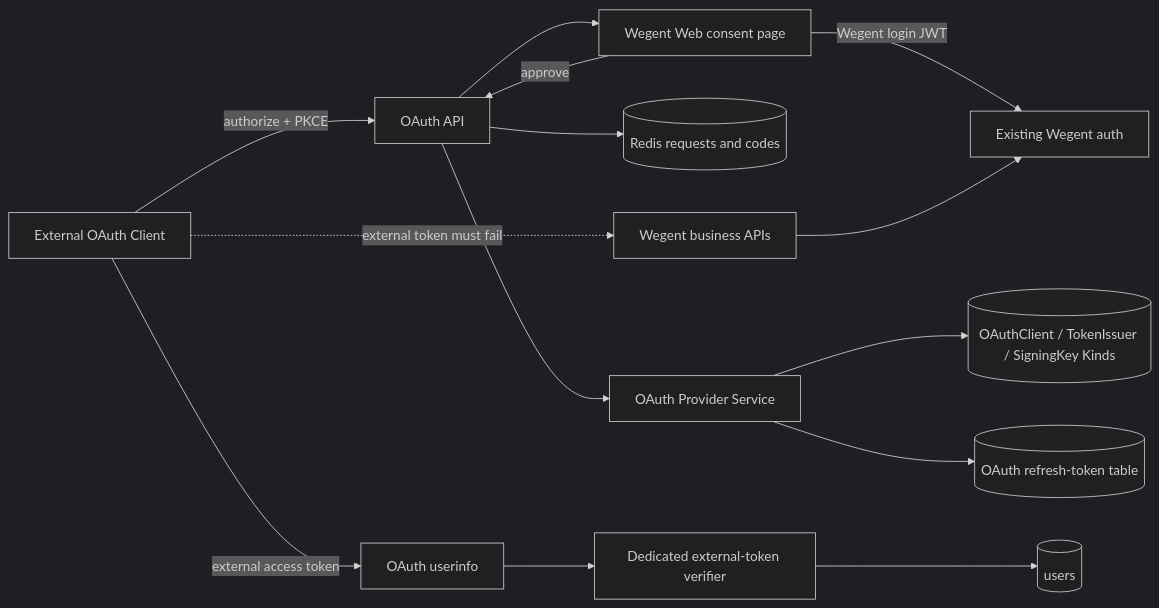
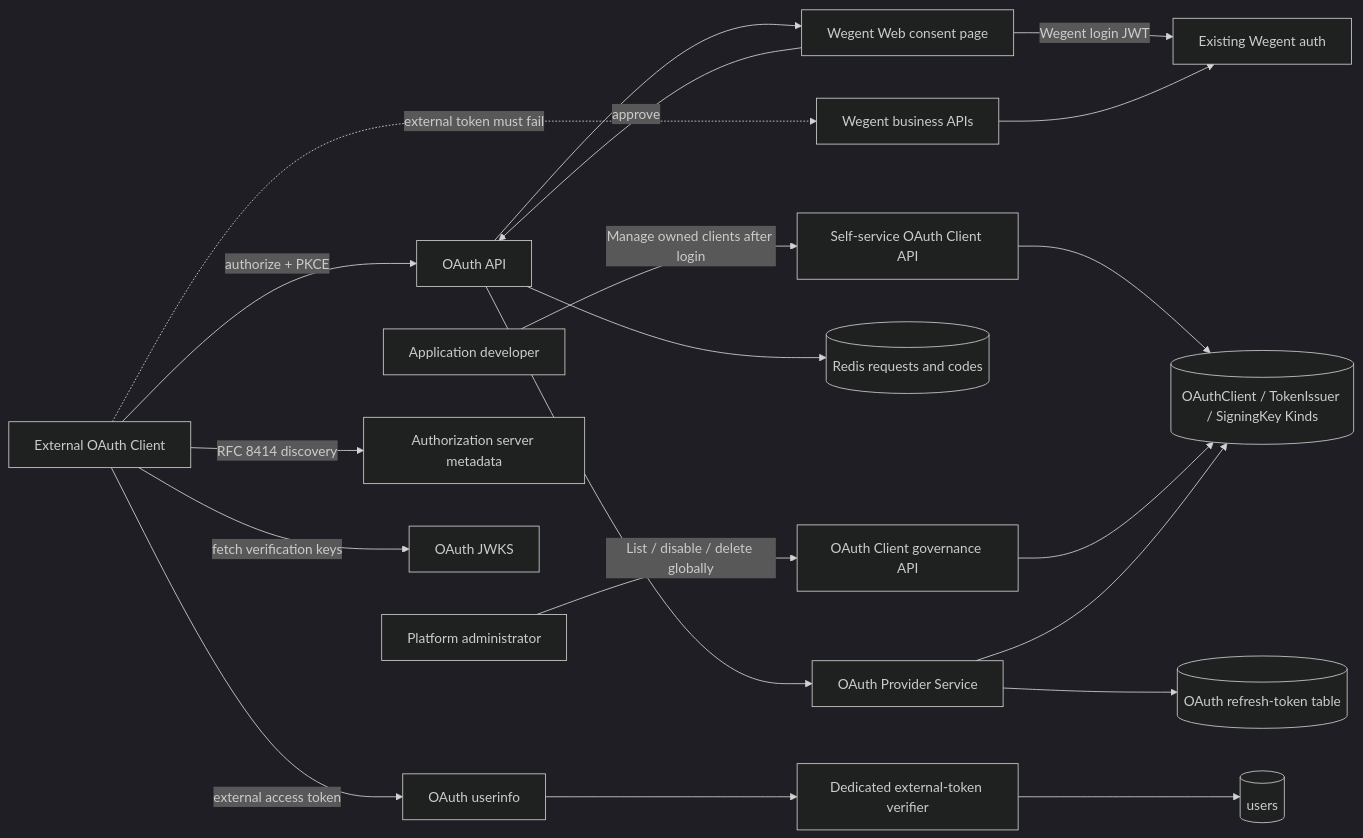
Before and after one commit to wecode-ai/Wegent: the first of 4 diagrams in docs/en/architecture/external-oauth-provider.md, drawn with Mermaid (dark theme). The commit also changed other lines of this file and 29 other files, not shown here.

Commit message:
refactor(auth): simplify external oauth client management

````diff
--- a/docs/en/architecture/external-oauth-provider.md
+++ b/docs/en/architecture/external-oauth-provider.md
@@ -13,16 +15,22 @@
 ```mermaid
 flowchart LR
+    Developer[Application developer] -->|Manage owned clients after login| ClientAPI[Self-service OAuth Client API]
+    Admin[Platform administrator] -->|List / disable / delete globally| AdminClientAPI[OAuth Client governance API]
+    ClientAPI --> Kinds
+    AdminClientAPI --> Kinds
     Client[External OAuth Client] -->|authorize + PKCE| OAuthAPI[OAuth API]
     OAuthAPI --> Consent[Wegent Web consent page]
     Consent -->|Wegent login JWT| SessionAuth[Existing Wegent auth]
     Consent -->|approve| OAuthAPI
     OAuthAPI --> Redis[(Redis requests and codes)]
     OAuthAPI --> TokenService[OAuth Provider Service]
     TokenService --> Kinds[(OAuthClient / TokenIssuer / SigningKey Kinds)]
     TokenService --> Refresh[(OAuth refresh-token table)]
+    Client -->|RFC 8414 discovery| Metadata[Authorization server metadata]
+    Client -->|fetch verification keys| JWKS[OAuth JWKS]
     Client -->|external access token| UserInfo[OAuth userinfo]
     UserInfo --> ExternalAuth[Dedicated external-token verifier]
     ExternalAuth --> Users[(users)]
     Client -. external token must fail .-> WegentAPI[Wegent business APIs]
     WegentAPI --> SessionAuth
 ```
````
